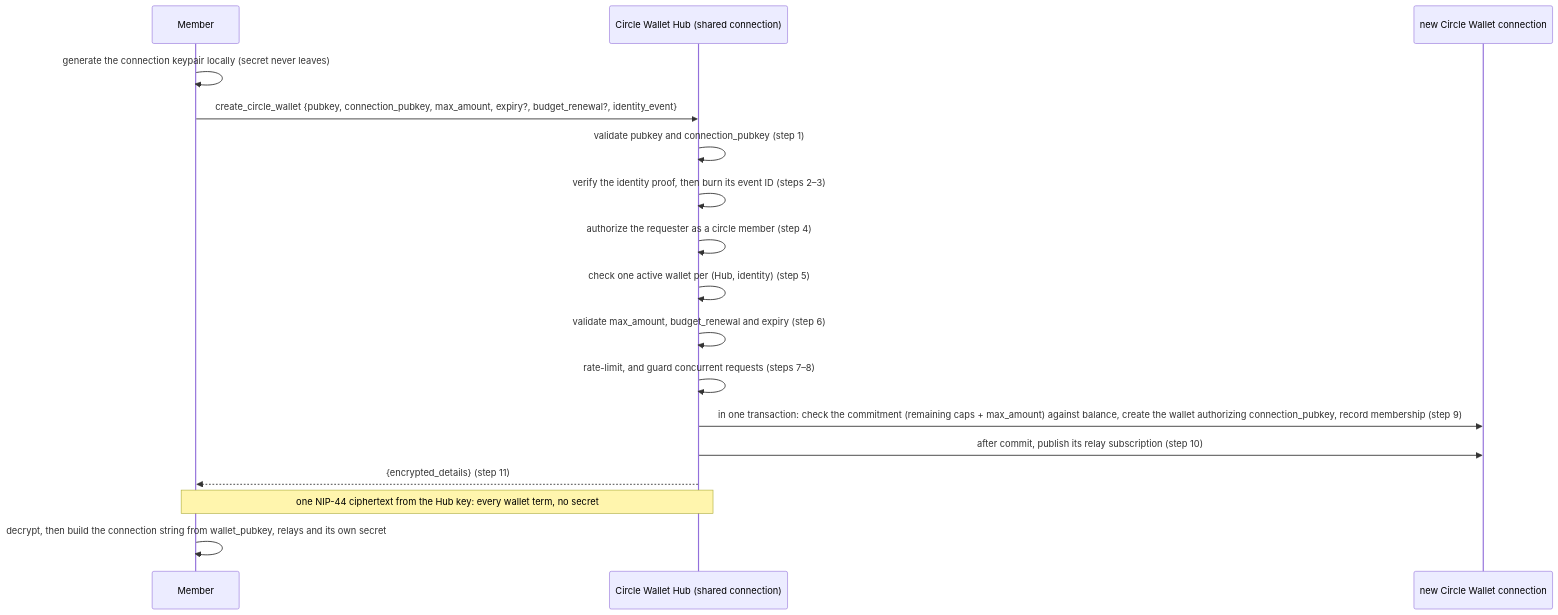
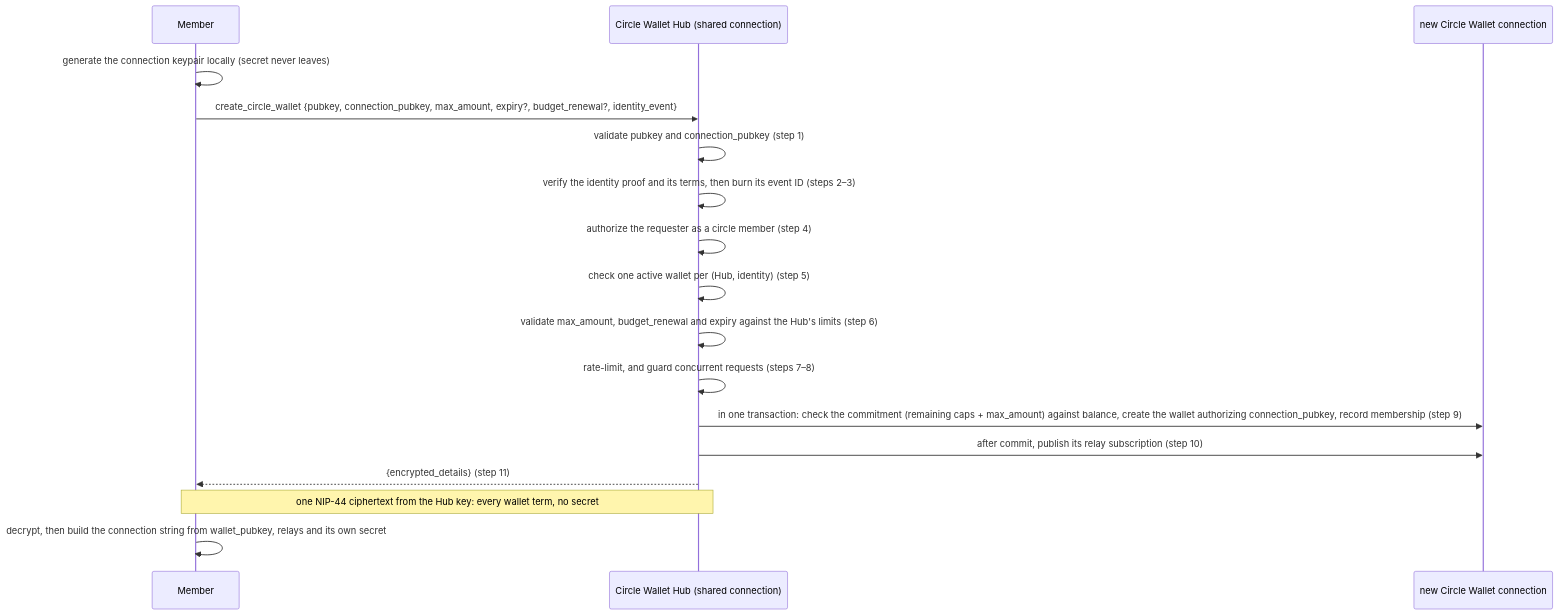
Before and after one commit to ohstr/nips: the first of 2 diagrams in NIP-CW.md, drawn with Mermaid. The commit also changed other lines of this file, not shown here.

Commit message:
docs(nip-cw): bind join terms in the identity proof and name limit refusals

````diff
--- a/NIP-CW.md
+++ b/NIP-CW.md
@@ -157,20 +157,20 @@
 ```mermaid
 sequenceDiagram
     participant Member
     participant Hub as Circle Wallet Hub (shared connection)
     participant Wallet as new Circle Wallet connection
 
     Member->>Member: generate the connection keypair locally (secret never leaves)
     Member->>Hub: create_circle_wallet {pubkey, connection_pubkey, max_amount, expiry?, budget_renewal?, identity_event}
     Hub->>Hub: validate pubkey and connection_pubkey (step 1)
-    Hub->>Hub: verify the identity proof, then burn its event ID (steps 2–3)
+    Hub->>Hub: verify the identity proof and its terms, then burn its event ID (steps 2–3)
     Hub->>Hub: authorize the requester as a circle member (step 4)
     Hub->>Hub: check one active wallet per (Hub, identity) (step 5)
-    Hub->>Hub: validate max_amount, budget_renewal and expiry (step 6)
+    Hub->>Hub: validate max_amount, budget_renewal and expiry against the Hub's limits (step 6)
     Hub->>Hub: rate-limit, and guard concurrent requests (steps 7–8)
     Hub->>Wallet: in one transaction: check the commitment (remaining caps + max_amount) against balance, create the wallet authorizing connection_pubkey, record membership (step 9)
     Hub->>Wallet: after commit, publish its relay subscription (step 10)
     Hub-->>Member: {encrypted_details} (step 11)
     Note over Hub,Member: one NIP-44 ciphertext from the Hub key: every wallet term, no secret
     Member->>Member: decrypt, then build the connection string from wallet_pubkey, relays and its own secret
 ```
````
